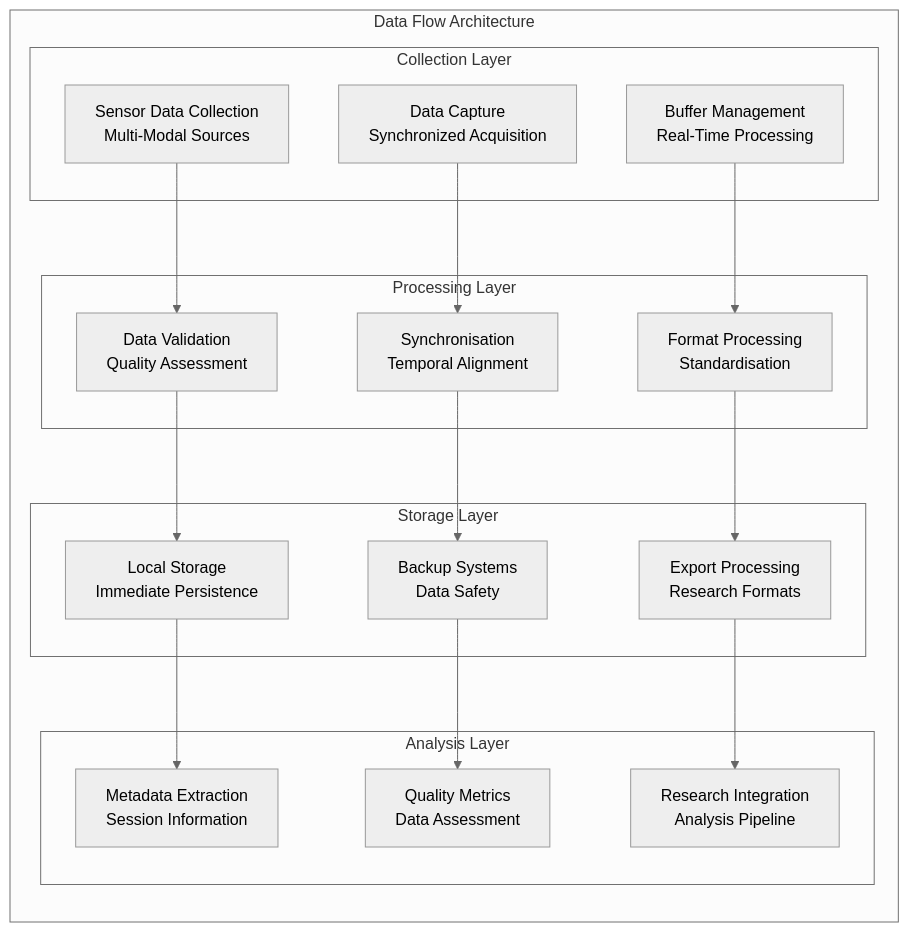
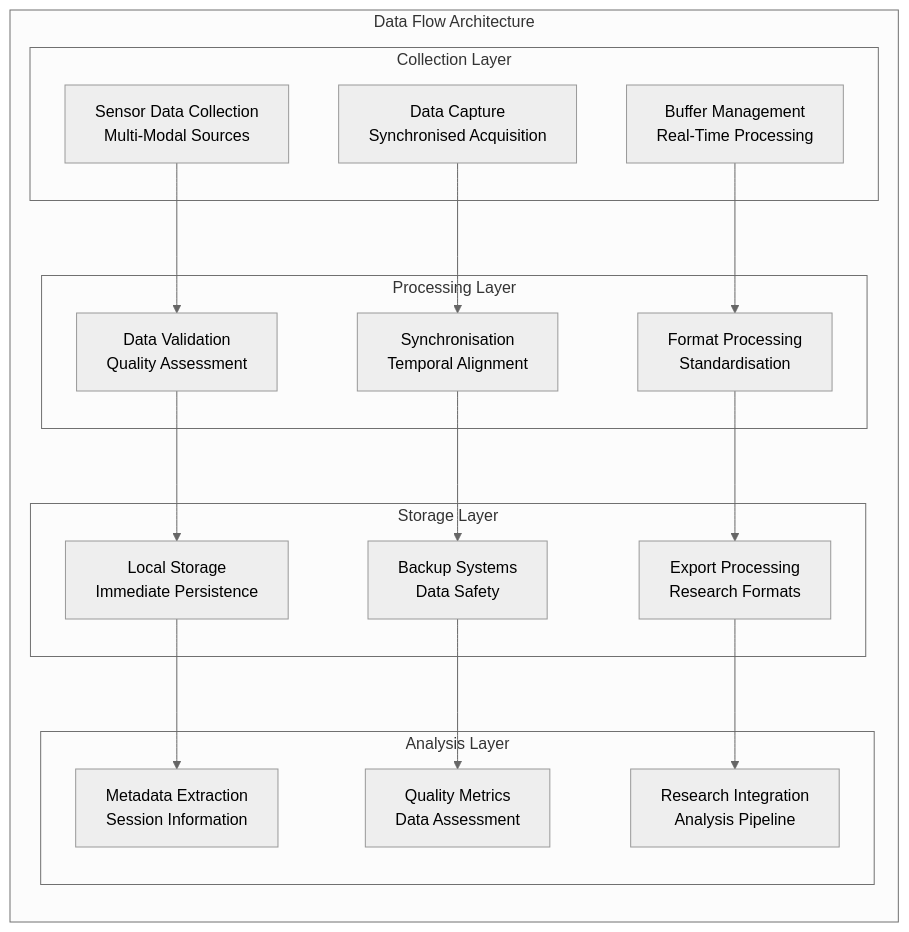
Before and after one commit to buccancs/fyp-multi-sensor-recording-system: the eighth of 8 diagrams in architecture.md, drawn with Mermaid (neutral theme). The commit also changed other lines of this file and 46 other files, not shown here.

````diff
--- a/architecture.md
+++ b/architecture.md
@@ -633,40 +633,40 @@
 ```mermaid
 graph LR
     subgraph "Data Flow Architecture"
         subgraph "Collection Layer"
             SENSORS[Sensor Data Collection<br/>Multi-Modal Sources]
-            CAPTURE[Data Capture<br/>Synchronized Acquisition]
+            CAPTURE[Data Capture<br/>Synchronised Acquisition]
             BUFFER[Buffer Management<br/>Real-Time Processing]
         end
         
         subgraph "Processing Layer"
             VALIDATE[Data Validation<br/>Quality Assessment]
             SYNC[Synchronisation<br/>Temporal Alignment]
             FORMAT[Format Processing<br/>Standardisation]
         end
         
         subgraph "Storage Layer"
             LOCAL[Local Storage<br/>Immediate Persistence]
             BACKUP[Backup Systems<br/>Data Safety]
             EXPORT[Export Processing<br/>Research Formats]
         end
         
         subgraph "Analysis Layer"
             METADATA[Metadata Extraction<br/>Session Information]
             QUALITY[Quality Metrics<br/>Data Assessment]
             RESEARCH[Research Integration<br/>Analysis Pipeline]
         end
     end
     
     SENSORS --> VALIDATE
     CAPTURE --> SYNC
     BUFFER --> FORMAT
     
     VALIDATE --> LOCAL
     SYNC --> BACKUP
     FORMAT --> EXPORT
     
     LOCAL --> METADATA
     BACKUP --> QUALITY
     EXPORT --> RESEARCH
 ```
````
